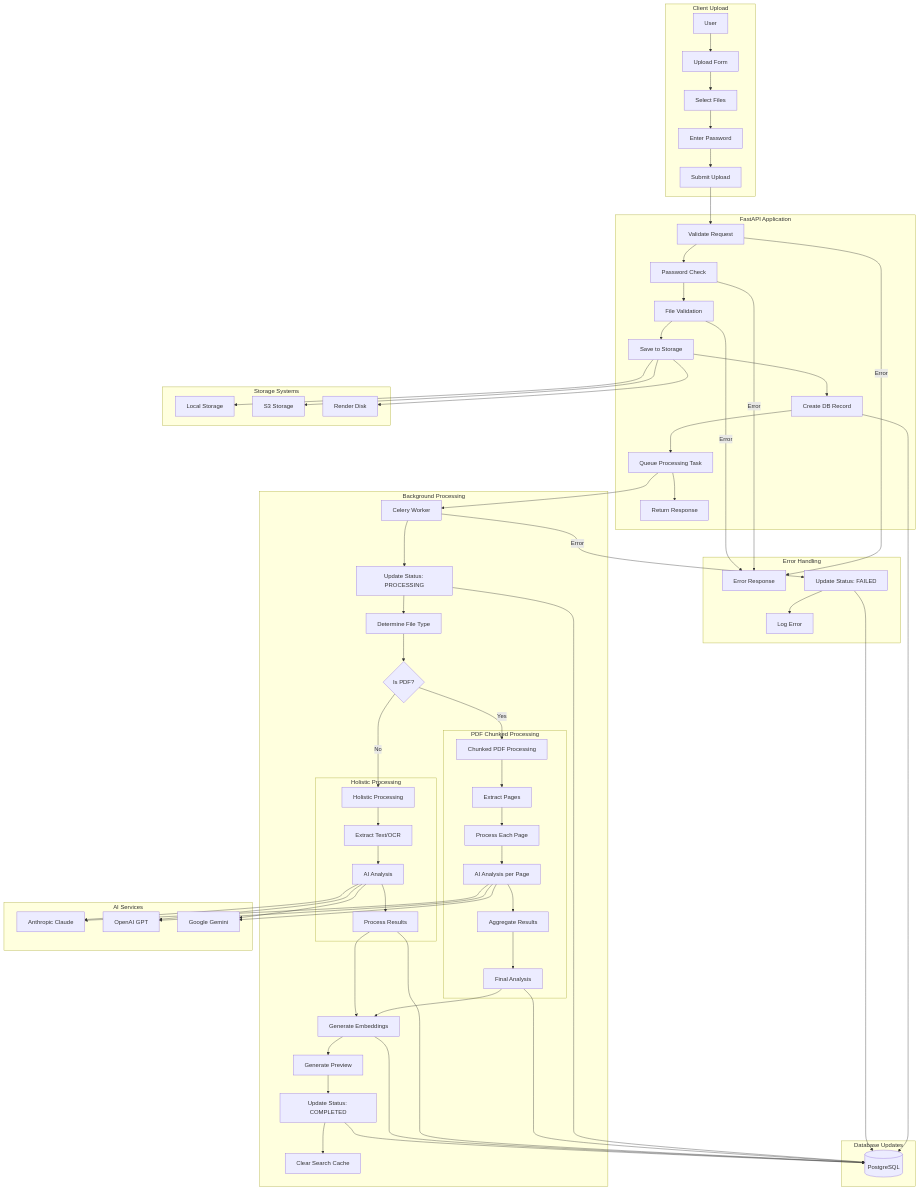
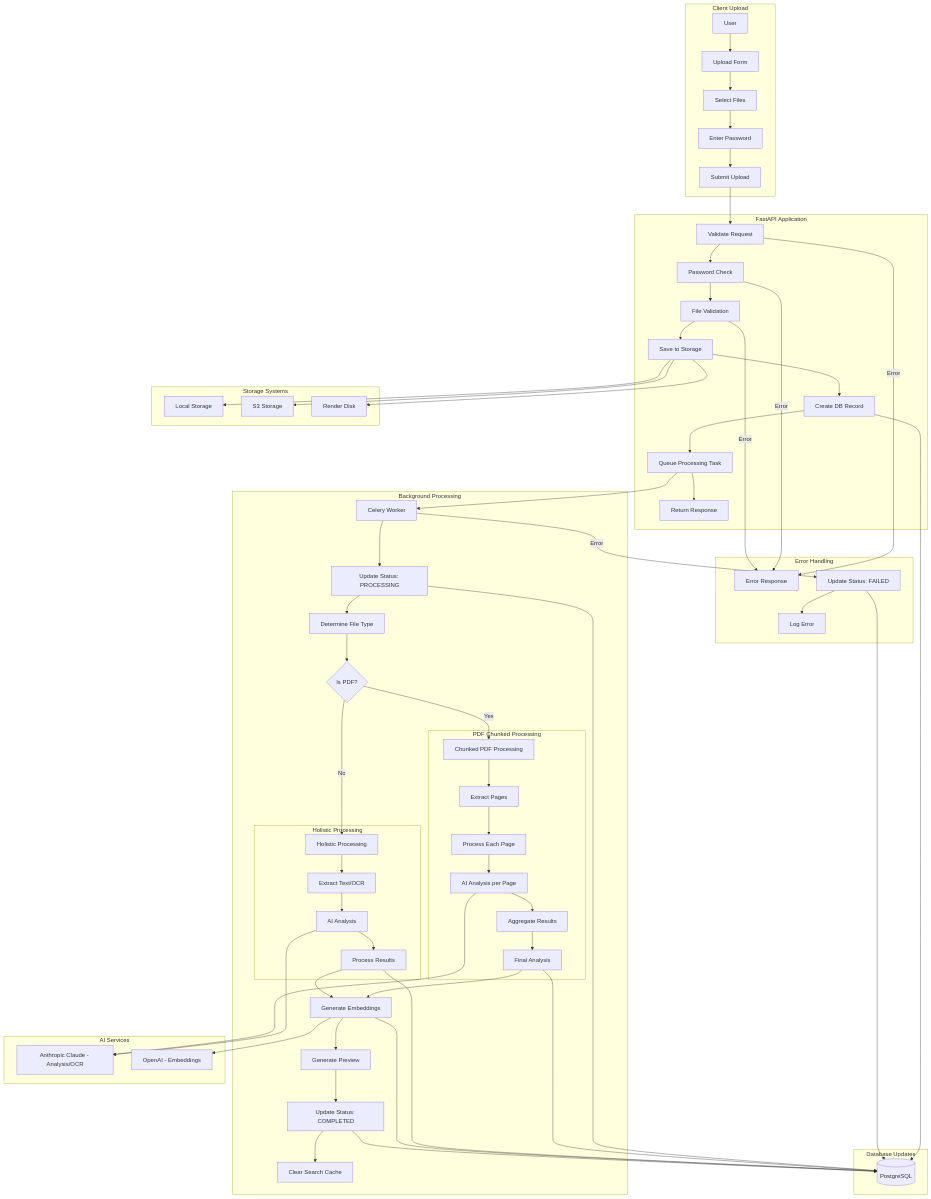
One commit to callum-doty/pc-simple changed the first of 9 diagrams in architecture/data_flow_architecture.md. Above: the diagram before and after it, drawn with Mermaid. The commit also changed other lines of this file and 13 other files, not shown here.

````diff
--- a/architecture/data_flow_architecture.md
+++ b/architecture/data_flow_architecture.md
@@ -9,82 +9,79 @@
 ```mermaid
 flowchart TD
     subgraph "Client Upload"
         USER[User] --> UPLOAD_FORM[Upload Form]
         UPLOAD_FORM --> FILES[Select Files]
         FILES --> PASSWORD[Enter Password]
         PASSWORD --> SUBMIT[Submit Upload]
     end
 
     subgraph "FastAPI Application"
         SUBMIT --> VALIDATE[Validate Request]
         VALIDATE --> AUTH[Password Check]
         AUTH --> FILE_VALIDATION[File Validation]
         FILE_VALIDATION --> STORAGE[Save to Storage]
         STORAGE --> DB_RECORD[Create DB Record]
         DB_RECORD --> QUEUE_TASK[Queue Processing Task]
         QUEUE_TASK --> RESPONSE[Return Response]
     end
 
     subgraph "Background Processing"
         QUEUE_TASK --> CELERY_WORKER[Celery Worker]
         CELERY_WORKER --> UPDATE_STATUS[Update Status: PROCESSING]
         UPDATE_STATUS --> DETERMINE_TYPE[Determine File Type]
 
         DETERMINE_TYPE --> PDF_PROCESSING{Is PDF?}
         PDF_PROCESSING -->|Yes| PDF_CHUNKED[Chunked PDF Processing]
         PDF_PROCESSING -->|No| HOLISTIC[Holistic Processing]
 
         subgraph "PDF Chunked Processing"
             PDF_CHUNKED --> EXTRACT_PAGES[Extract Pages]
             EXTRACT_PAGES --> PROCESS_PAGE[Process Each Page]
             PROCESS_PAGE --> AI_ANALYZE_PAGE[AI Analysis per Page]
             AI_ANALYZE_PAGE --> AGGREGATE[Aggregate Results]
             AGGREGATE --> FINAL_ANALYSIS[Final Analysis]
         end
 
         subgraph "Holistic Processing"
             HOLISTIC --> EXTRACT_TEXT[Extract Text/OCR]
             EXTRACT_TEXT --> AI_ANALYZE[AI Analysis]
             AI_ANALYZE --> PROCESS_RESULTS[Process Results]
         end
 
         FINAL_ANALYSIS --> GENERATE_EMBEDDINGS[Generate Embeddings]
         PROCESS_RESULTS --> GENERATE_EMBEDDINGS
         GENERATE_EMBEDDINGS --> GENERATE_PREVIEW[Generate Preview]
         GENERATE_PREVIEW --> UPDATE_COMPLETE[Update Status: COMPLETED]
         UPDATE_COMPLETE --> CLEAR_CACHE[Clear Search Cache]
     end
 
     subgraph "Error Handling"
         VALIDATE -->|Error| ERROR_RESPONSE[Error Response]
         AUTH -->|Error| ERROR_RESPONSE
         FILE_VALIDATION -->|Error| ERROR_RESPONSE
         CELERY_WORKER -->|Error| UPDATE_FAILED[Update Status: FAILED]
         UPDATE_FAILED --> LOG_ERROR[Log Error]
     end
 
     subgraph "Storage Systems"
         STORAGE --> LOCAL_STORAGE[Local Storage]
         STORAGE --> S3_STORAGE[S3 Storage]
         STORAGE --> RENDER_DISK[Render Disk]
     end
 
     subgraph "AI Services"
-        AI_ANALYZE --> ANTHROPIC[Anthropic Claude]
-        AI_ANALYZE --> OPENAI[OpenAI GPT]
-        AI_ANALYZE --> GEMINI[Google Gemini]
+        AI_ANALYZE --> ANTHROPIC[Anthropic Claude - Analysis/OCR]
         AI_ANALYZE_PAGE --> ANTHROPIC
-        AI_ANALYZE_PAGE --> OPENAI
-        AI_ANALYZE_PAGE --> GEMINI
+        GENERATE_EMBEDDINGS --> OPENAI[OpenAI - Embeddings]
     end
 
     subgraph "Database Updates"
         DB_RECORD --> POSTGRES[(PostgreSQL)]
         UPDATE_STATUS --> POSTGRES
         FINAL_ANALYSIS --> POSTGRES
         PROCESS_RESULTS --> POSTGRES
         GENERATE_EMBEDDINGS --> POSTGRES
         UPDATE_COMPLETE --> POSTGRES
         UPDATE_FAILED --> POSTGRES
     end
 ```
````
